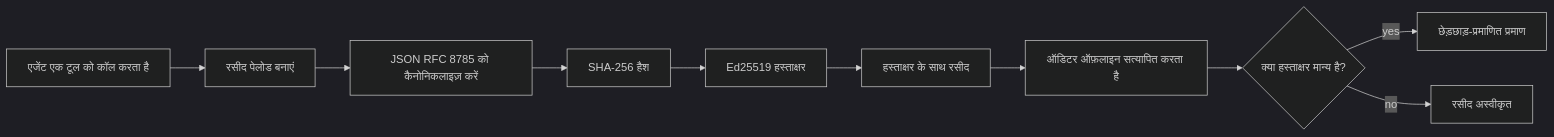
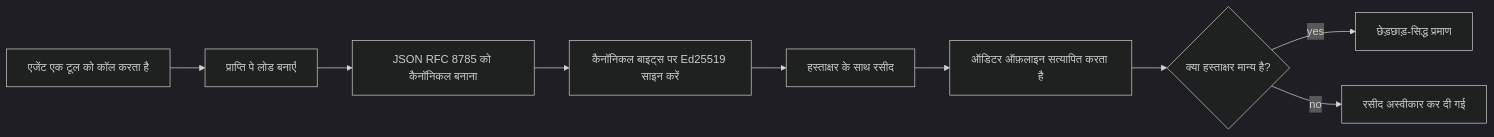
One commit to microsoft/ai-agents-for-beginners changed the first of 2 diagrams in translations/hi/18-securing-ai-agents/README.md. Above: the diagram before and after it, drawn with Mermaid (dark theme). The commit also changed other lines of this file and 46 other files, not shown here.

````diff
--- a/translations/hi/18-securing-ai-agents/README.md
+++ b/translations/hi/18-securing-ai-agents/README.md
@@ -51,12 +51,11 @@
 ```mermaid
 flowchart LR
-    A[एजेंट एक टूल को कॉल करता है] --> B[रसीद पेलोड बनाएं]
-    B --> C[JSON RFC 8785 को कैनोनिकलाइज़ करें]
-    C --> D[SHA-256 हैश]
-    D --> E[Ed25519 हस्ताक्षर]
+    A[एजेंट एक टूल को कॉल करता है] --> B[प्राप्ति पे लोड बनाएँ]
+    B --> C[JSON RFC 8785 को कैनॉनिकल बनाना]
+    C --> E[कैनॉनिकल बाइट्स पर Ed25519 साइन करें]
     E --> F[हस्ताक्षर के साथ रसीद]
     F --> G[ऑडिटर ऑफ़लाइन सत्यापित करता है]
     G --> H{क्या हस्ताक्षर मान्य है?}
-    H -- yes --> I[छेड़छाड़-प्रमाणित प्रमाण]
-    H -- no --> J[रसीद अस्वीकृत]
+    H -- yes --> I[छेड़छाड़-सिद्ध प्रमाण]
+    H -- no --> J[रसीद अस्वीकार कर दी गई]
 ```
````
